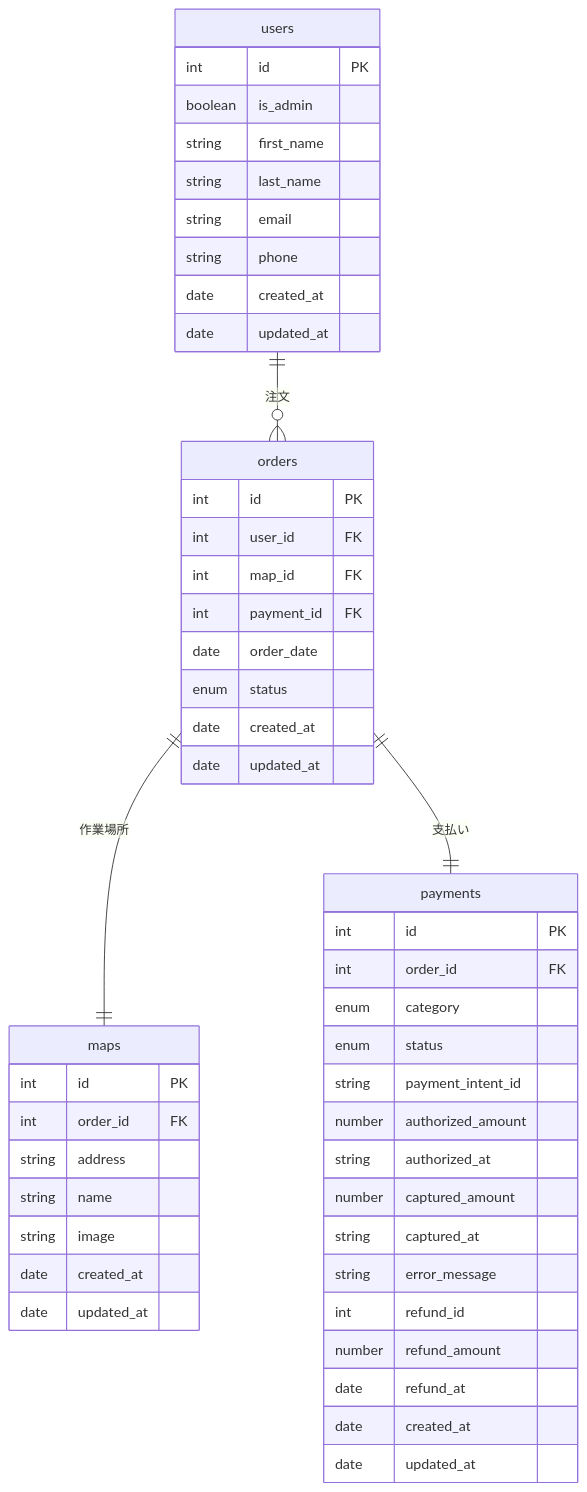
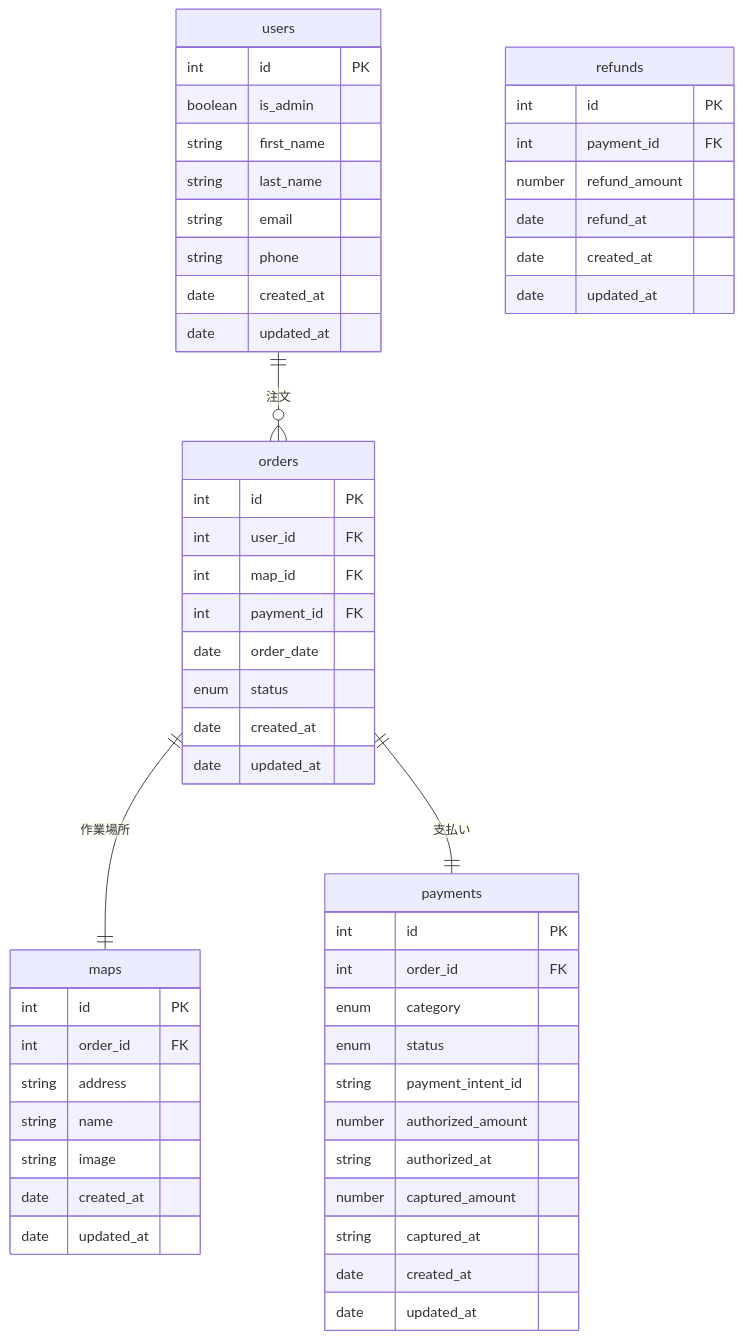
Before and after one commit to mitsukura/shikimori: the diagram in docs/er.md, drawn with Mermaid.

Commit message:
fix: 返金用のテーブルを作成

````diff
--- a/docs/er.md
+++ b/docs/er.md
@@ -3,59 +3,65 @@
 ```mermaid
 erDiagram
 
 %% エンティティ定義
 users ||--o{ orders : "注文"
 orders ||--|| maps : "作業場所"
 orders ||--|| payments : "支払い"
 
 %% エンティティ詳細
 users {
   int id PK
   boolean is_admin
   string first_name
   string last_name
   string email
   string phone
   date created_at
   date updated_at
 }
 
 orders {
   int id PK
   int user_id FK
   int map_id FK
   int payment_id FK
   date order_date
   enum status
   date created_at
   date updated_at
 }
 
 maps{
   int id PK
   int order_id FK
   string address
   string name
   string image
   date created_at
   date updated_at
 }
 
+refunds {
+  int id PK
+  int payment_id FK
+  number refund_amount
+  date refund_at
+  date created_at
+  date updated_at
+}
+
+
 payments {
   int id PK
   int order_id FK
   enum category
   enum status
   string payment_intent_id
   number authorized_amount
   string authorized_at
   number captured_amount
   string captured_at
-  string error_message
-  int refund_id
-  number refund_amount
-  date refund_at
   date created_at
   date updated_at
 }
 ```
````
